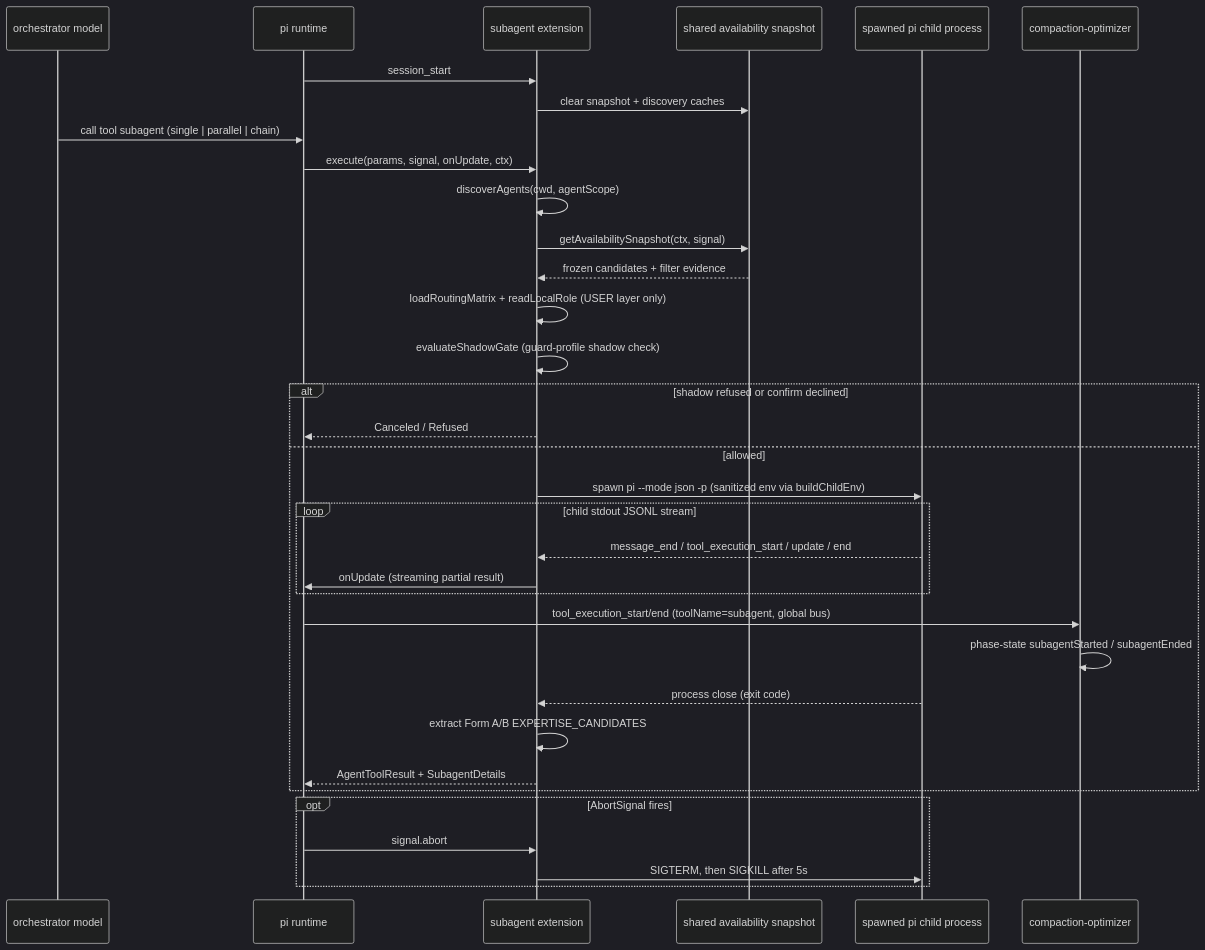
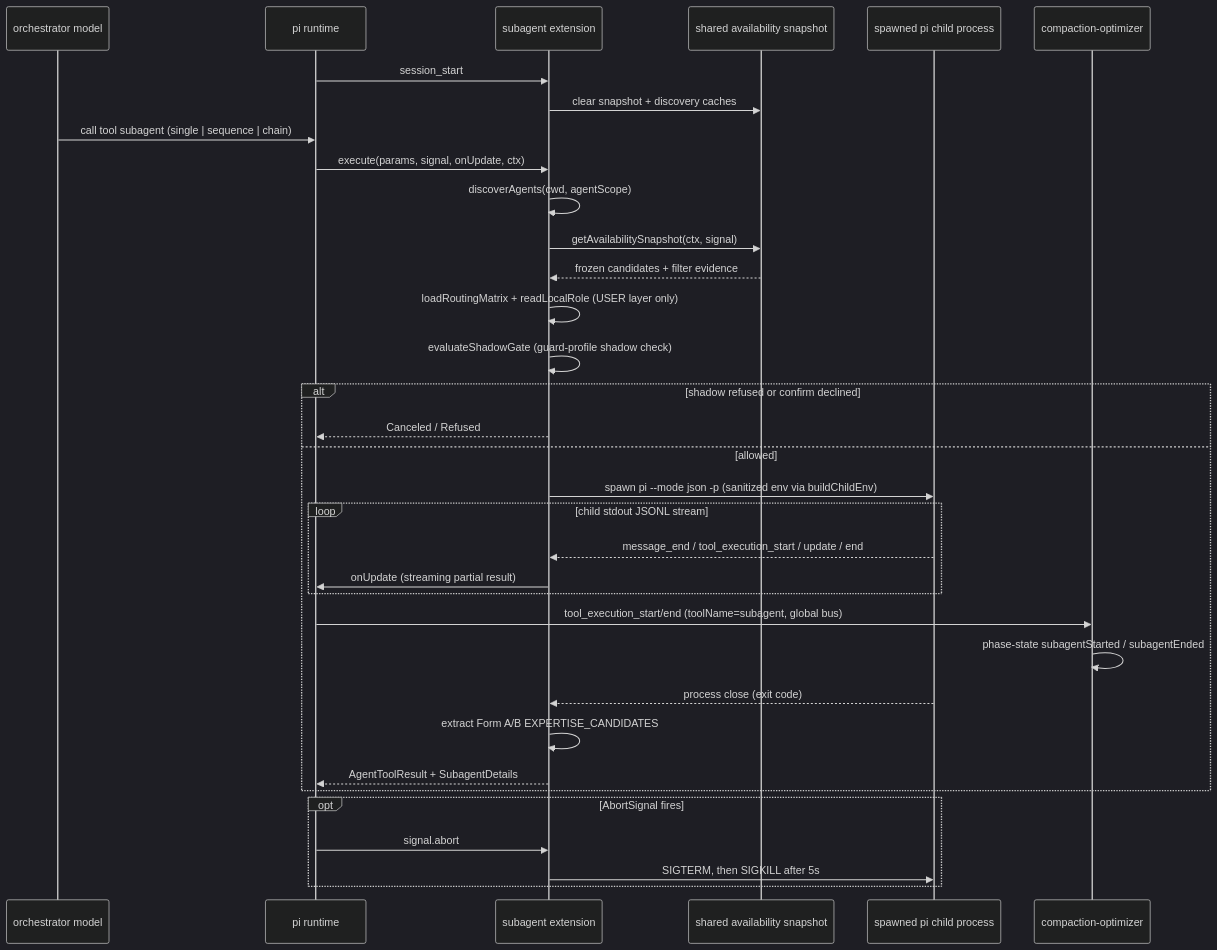
One commit to psmfd/pi-config changed the first of 3 diagrams in agent/extensions/subagent/README.md. Above: the diagram before and after it, drawn with Mermaid (dark theme). The commit also changed other lines of this file and 92 other files, not shown here.

````diff
--- a/agent/extensions/subagent/README.md
+++ b/agent/extensions/subagent/README.md
@@ -78,38 +79,38 @@
 ```mermaid
 sequenceDiagram
     participant Model as orchestrator model
     participant Pi as pi runtime
     participant Sub as subagent extension
     participant Snap as shared availability snapshot
     participant Child as spawned pi child process
     participant CO as compaction-optimizer
 
     Pi->>Sub: session_start
     Sub->>Snap: clear snapshot + discovery caches
 
-    Model->>Pi: call tool subagent (single | parallel | chain)
+    Model->>Pi: call tool subagent (single | sequence | chain)
     Pi->>Sub: execute(params, signal, onUpdate, ctx)
     Sub->>Sub: discoverAgents(cwd, agentScope)
     Sub->>Snap: getAvailabilitySnapshot(ctx, signal)
     Snap-->>Sub: frozen candidates + filter evidence
     Sub->>Sub: loadRoutingMatrix + readLocalRole (USER layer only)
     Sub->>Sub: evaluateShadowGate (guard-profile shadow check)
     alt shadow refused or confirm declined
         Sub-->>Pi: Canceled / Refused
     else allowed
         Sub->>Child: spawn pi --mode json -p (sanitized env via buildChildEnv)
         loop child stdout JSONL stream
             Child-->>Sub: message_end / tool_execution_start / update / end
             Sub->>Pi: onUpdate (streaming partial result)
         end
         Pi->>CO: tool_execution_start/end (toolName=subagent, global bus)
         CO->>CO: phase-state subagentStarted / subagentEnded
         Child-->>Sub: process close (exit code)
         Sub->>Sub: extract Form A/B EXPERTISE_CANDIDATES
         Sub-->>Pi: AgentToolResult + SubagentDetails
     end
     opt AbortSignal fires
         Pi->>Sub: signal.abort
         Sub->>Child: SIGTERM, then SIGKILL after 5s
     end
 ```
````
